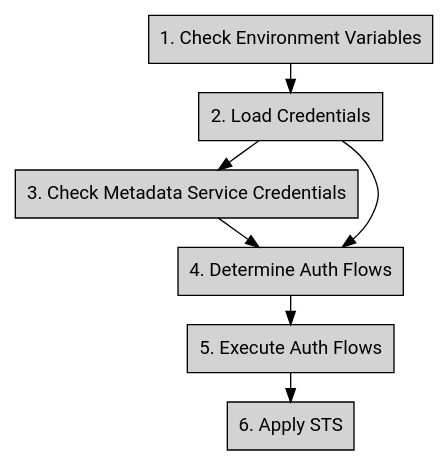
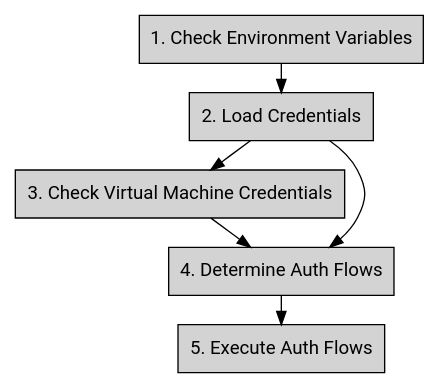
One commit to aip-dev/google.aip.dev changed the diagram in aip/auth/4110.md. Above: the diagram before and after it, drawn with Graphviz. The commit also changed other lines of this file, not shown here.

````diff
--- a/aip/auth/4110.md
+++ b/aip/auth/4110.md
@@ -101,18 +101,16 @@
 ```graphviz
 digraph d_front_back {
   rankdir=TB;
   ranksep=0.3;
   node [ style="filled,solid" shape=box fontname="Roboto" ];
 
   check_env_var [ label="1. Check Environment Variables" ];
   load_credentials [ label="2. Load Credentials" ];
-  check_metadata [ label="3. Check Metadata Service Credentials" ];
+  check_metadata [ label="3. Check Virtual Machine Credentials" ];
   auth_flows [ label="4. Determine Auth Flows" ];
   execute [ label="5. Execute Auth Flows" ];
-  sts [ label="6. Apply STS" ];
 
-  check_env_var -> load_credentials -> check_metadata ->auth_flows -> execute ->
-  sts;
+  check_env_var -> load_credentials -> check_metadata ->auth_flows -> execute;
   load_credentials -> auth_flows;
 }
 ```
````
